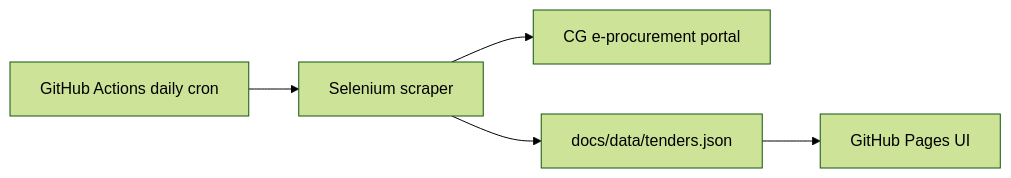
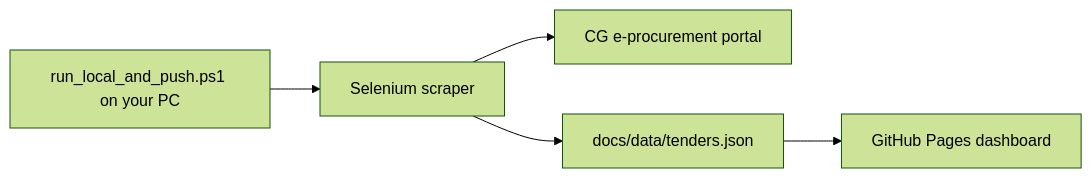
One commit to nikitabasawatia61-design/-cgproc changed the diagram in README.md. Above: the diagram before and after it, drawn with Mermaid (forest theme). The commit also changed other lines of this file and 36 other files, not shown here.

````diff
--- a/README.md
+++ b/README.md
@@ -19,7 +15,7 @@
 ```mermaid
 flowchart LR
-    A[GitHub Actions daily cron] --> B[Selenium scraper]
+    A[run_local_and_push.ps1 on your PC] --> B[Selenium scraper]
     B --> C[CG e-procurement portal]
     B --> D[docs/data/tenders.json]
-    D --> E[GitHub Pages UI]
+    D --> E[GitHub Pages dashboard]
 ```
````
